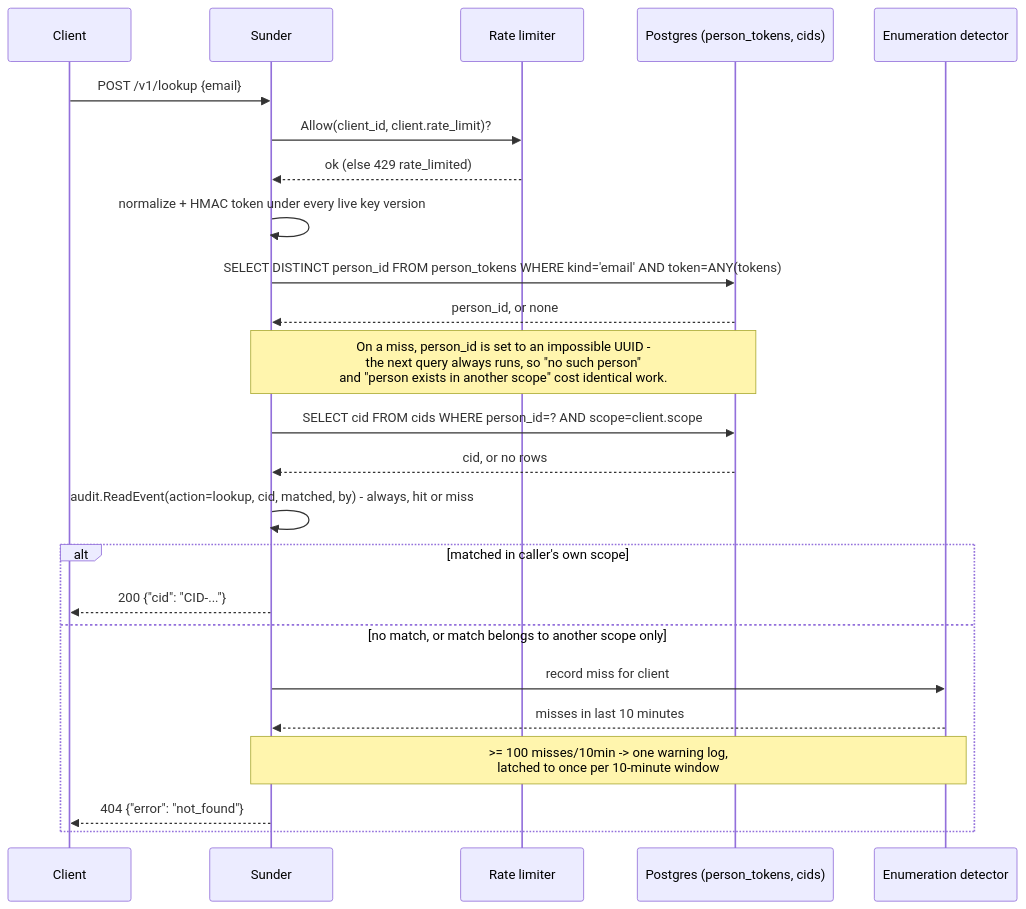
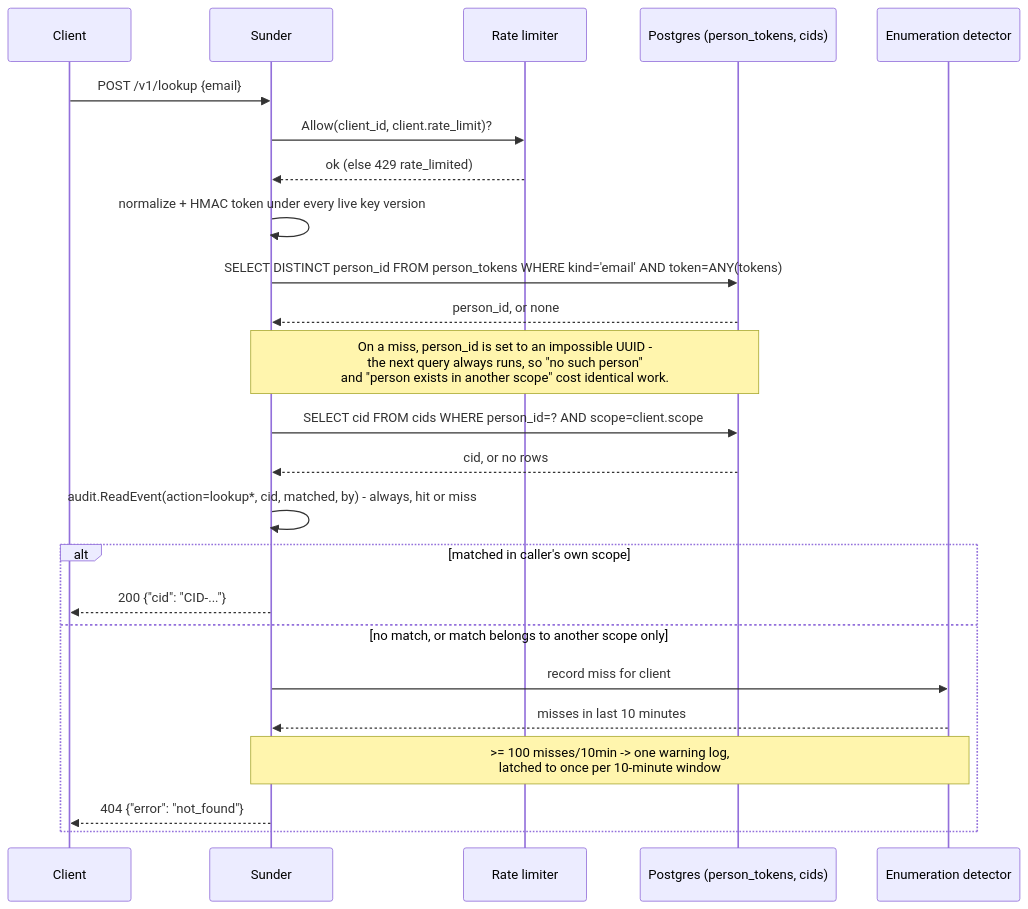
The diagram in docs-site/docs/concepts/lookup-vs-authentication.md (fvisic/sunder), drawn with Mermaid before and after one commit. The commit also changed 15 other files, not shown here.

````diff
--- a/docs-site/docs/concepts/lookup-vs-authentication.md
+++ b/docs-site/docs/concepts/lookup-vs-authentication.md
@@ -14,27 +14,27 @@
 ```mermaid
 sequenceDiagram
     participant Client
     participant Sunder
     participant RL as Rate limiter
     participant DB as Postgres (person_tokens, cids)
     participant ED as Enumeration detector
 
     Client->>Sunder: POST /v1/lookup {email}
     Sunder->>RL: Allow(client_id, client.rate_limit)?
     RL-->>Sunder: ok (else 429 rate_limited)
     Sunder->>Sunder: normalize + HMAC token under every live key version
     Sunder->>DB: SELECT DISTINCT person_id FROM person_tokens WHERE kind='email' AND token=ANY(tokens)
     DB-->>Sunder: person_id, or none
     Note over Sunder,DB: On a miss, person_id is set to an impossible UUID -<br/>the next query always runs, so "no such person"<br/>and "person exists in another scope" cost identical work.
     Sunder->>DB: SELECT cid FROM cids WHERE person_id=? AND scope=client.scope
     DB-->>Sunder: cid, or no rows
-    Sunder->>Sunder: audit.ReadEvent(action=lookup, cid, matched, by) - always, hit or miss
+    Sunder->>Sunder: audit.ReadEvent(action=lookup*, cid, matched, by) - always, hit or miss
     alt matched in caller's own scope
         Sunder-->>Client: 200 {"cid": "CID-..."}
     else no match, or match belongs to another scope only
         Sunder->>ED: record miss for client
         ED-->>Sunder: misses in last 10 minutes
         Note over Sunder,ED: >= 100 misses/10min -> one warning log,<br/>latched to once per 10-minute window
         Sunder-->>Client: 404 {"error": "not_found"}
     end
 ```
````
